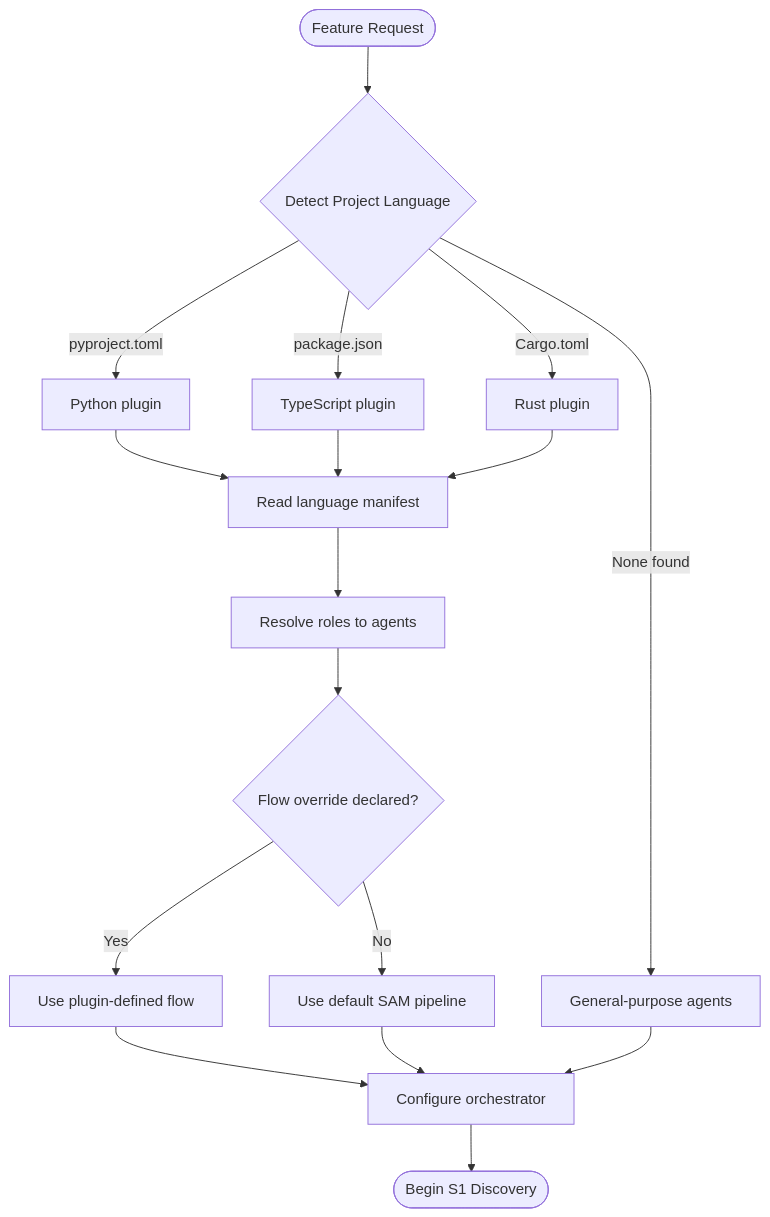
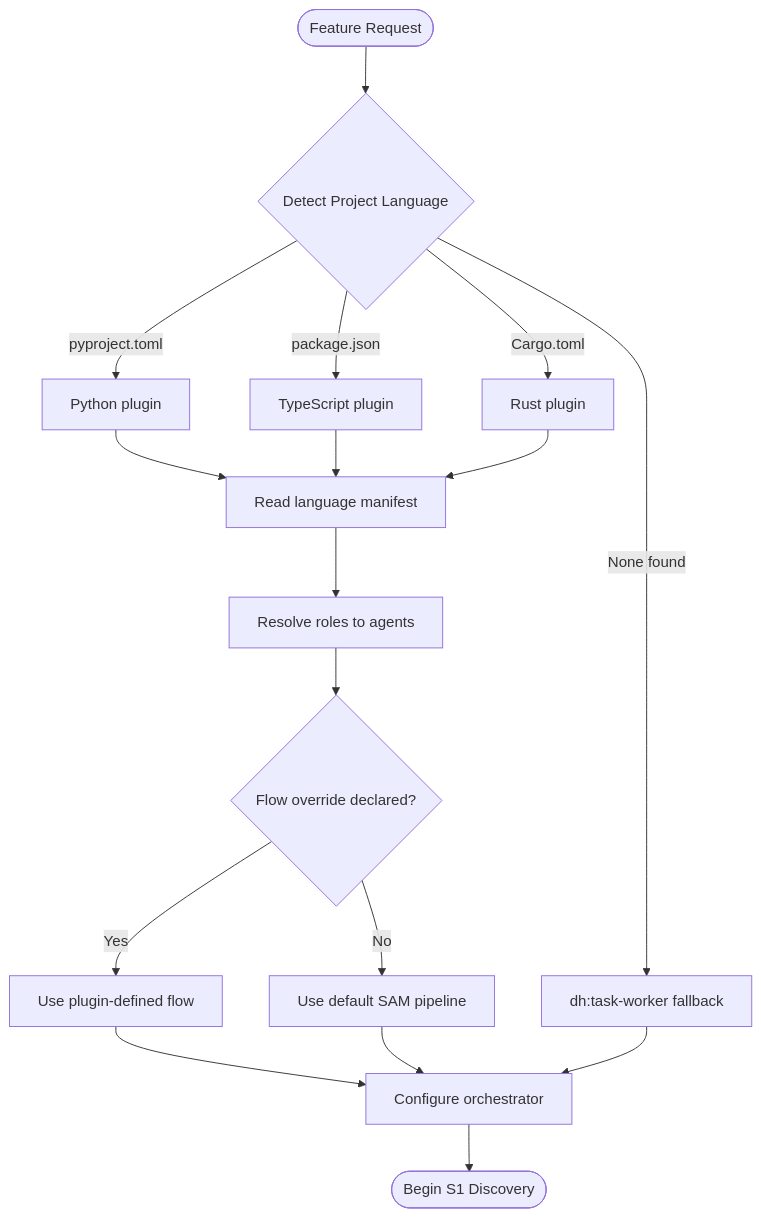
Before and after one commit to chgreer1070/claude_skills: the first of 3 diagrams in plugins/development-harness/CLAUDE.md, drawn with Mermaid. The commit also changed other lines of this file and 2 other files, not shown here.

First line of the commit message:
docs(dh): document dh:task-worker as universal dispatch agent — prohibit general-purpose

````diff
--- a/plugins/development-harness/CLAUDE.md
+++ b/plugins/development-harness/CLAUDE.md
@@ -53,19 +53,19 @@
 ```mermaid
 flowchart TD
     Start([Feature Request]) --> Detect{Detect Project Language}
     Detect -->|pyproject.toml| Python[Python plugin]
     Detect -->|package.json| TypeScript[TypeScript plugin]
     Detect -->|Cargo.toml| Rust[Rust plugin]
-    Detect -->|None found| Fallback[General-purpose agents]
+    Detect -->|None found| Fallback[dh:task-worker fallback]
     Python --> Manifest[Read language manifest]
     TypeScript --> Manifest
     Rust --> Manifest
     Manifest --> Resolve[Resolve roles to agents]
     Resolve --> Override{Flow override declared?}
     Override -->|Yes| Custom[Use plugin-defined flow]
     Override -->|No| Default[Use default SAM pipeline]
     Custom --> Configure[Configure orchestrator]
     Default --> Configure
     Fallback --> Configure
     Configure --> Run([Begin S1 Discovery])
 ```
````
